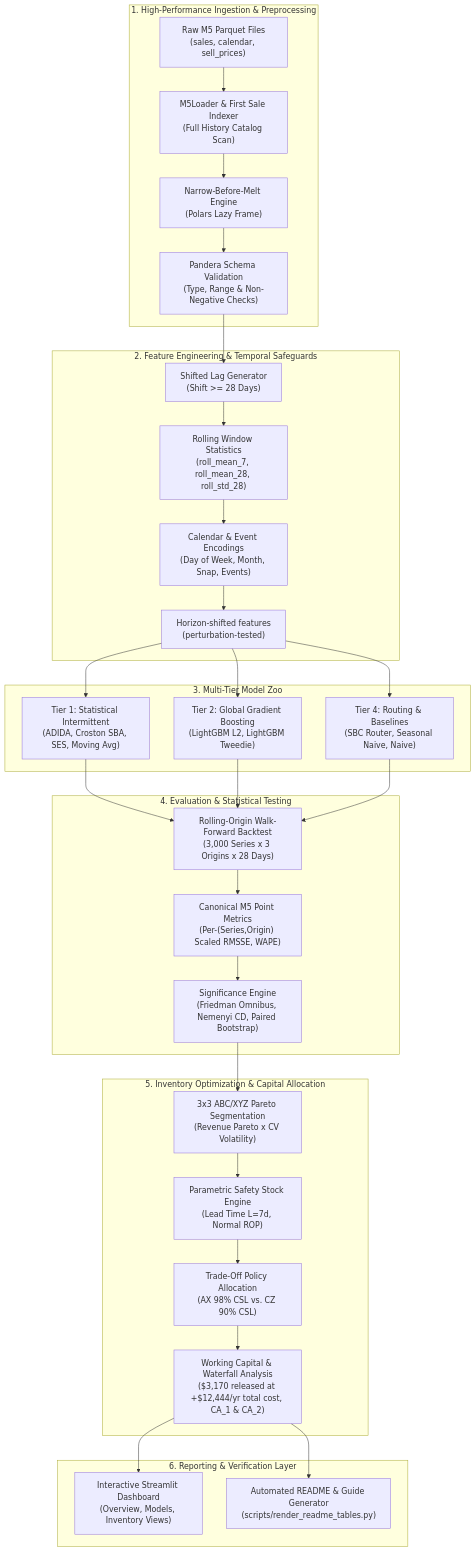
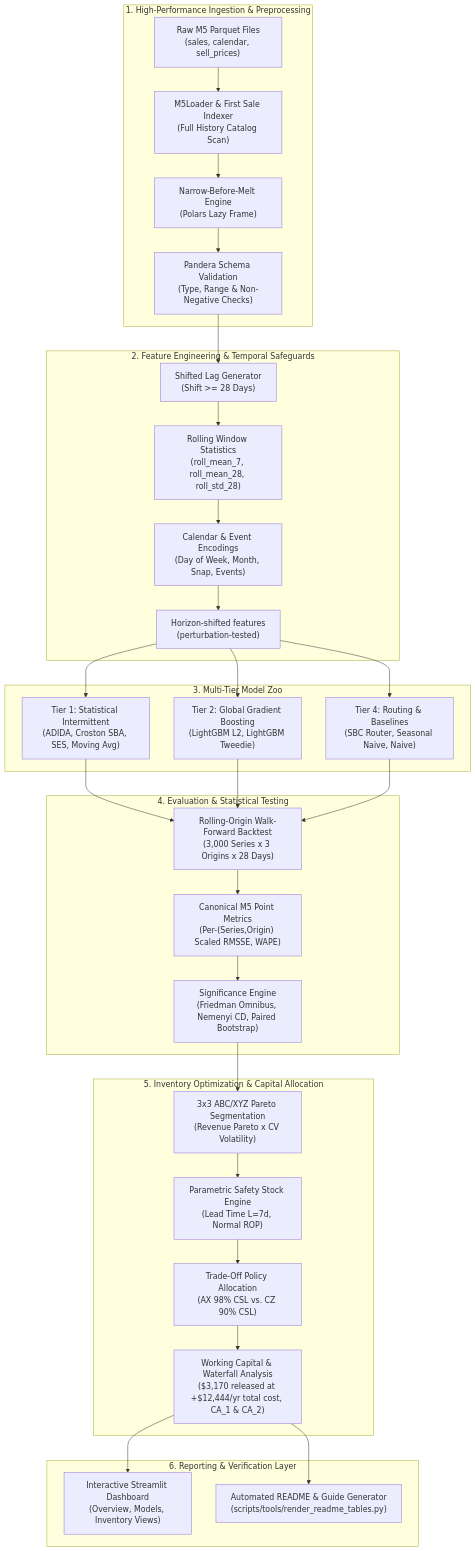
One commit to Jenish1706/Hierarchical_Retail_Demand_Forecasting changed the diagram in docs/guide/02_ARCHITECTURE.md. Above: the diagram before and after it, drawn with Mermaid. The commit also changed other lines of this file and 109 other files, not shown here.

````diff
--- a/docs/guide/02_ARCHITECTURE.md
+++ b/docs/guide/02_ARCHITECTURE.md
@@ -9,39 +9,39 @@
 ```mermaid
 flowchart TD
     subgraph INGESTION["1. High-Performance Ingestion & Preprocessing"]
         RAW["Raw M5 Parquet Files<br/>(sales, calendar, sell_prices)"] --> LOADER["M5Loader & First Sale Indexer<br/>(Full History Catalog Scan)"]
         LOADER --> MELT["Narrow-Before-Melt Engine<br/>(Polars Lazy Frame)"]
         MELT --> SCHEMA["Pandera Schema Validation<br/>(Type, Range & Non-Negative Checks)"]
     end
 
     subgraph FEATURES["2. Feature Engineering & Temporal Safeguards"]
         SCHEMA --> LAGS["Shifted Lag Generator<br/>(Shift >= 28 Days)"]
         LAGS --> ROLLING["Rolling Window Statistics<br/>(roll_mean_7, roll_mean_28, roll_std_28)"]
         ROLLING --> CAL["Calendar & Event Encodings<br/>(Day of Week, Month, Snap, Events)"]
         CAL --> LEAK_CHECK["Horizon-shifted features<br/>(perturbation-tested)"]
     end
 
     subgraph FORECASTING["3. Multi-Tier Model Zoo"]
         LEAK_CHECK --> T1["Tier 1: Statistical Intermittent<br/>(ADIDA, Croston SBA, SES, Moving Avg)"]
         LEAK_CHECK --> T2["Tier 2: Global Gradient Boosting<br/>(LightGBM L2, LightGBM Tweedie)"]
         LEAK_CHECK --> T4["Tier 4: Routing & Baselines<br/>(SBC Router, Seasonal Naive, Naive)"]
     end
 
     subgraph BACKTEST["4. Evaluation & Statistical Testing"]
         T1 & T2 & T4 --> WF["Rolling-Origin Walk-Forward Backtest<br/>(3,000 Series x 3 Origins x 28 Days)"]
         WF --> METRICS["Canonical M5 Point Metrics<br/>(Per-(Series,Origin) Scaled RMSSE, WAPE)"]
         METRICS --> SIG["Significance Engine<br/>(Friedman Omnibus, Nemenyi CD, Paired Bootstrap)"]
     end
 
     subgraph OPERATIONS["5. Inventory Optimization & Capital Allocation"]
         SIG --> ABC_XYZ["3x3 ABC/XYZ Pareto Segmentation<br/>(Revenue Pareto x CV Volatility)"]
         ABC_XYZ --> SAFETY["Parametric Safety Stock Engine<br/>(Lead Time L=7d, Normal ROP)"]
         SAFETY --> SCENARIO["Trade-Off Policy Allocation<br/>(AX 98% CSL vs. CZ 90% CSL)"]
         SCENARIO --> CAP_REPORT["Working Capital & Waterfall Analysis<br/>($3,170 released at +$12,444/yr total cost, CA_1 & CA_2)"]
     end
 
     subgraph PRESENTATION["6. Reporting & Verification Layer"]
         CAP_REPORT --> DASH["Interactive Streamlit Dashboard<br/>(Overview, Models, Inventory Views)"]
-        CAP_REPORT --> MD_GEN["Automated README & Guide Generator<br/>(scripts/render_readme_tables.py)"]
+        CAP_REPORT --> MD_GEN["Automated README & Guide Generator<br/>(scripts/tools/render_readme_tables.py)"]
     end
 ```
````
